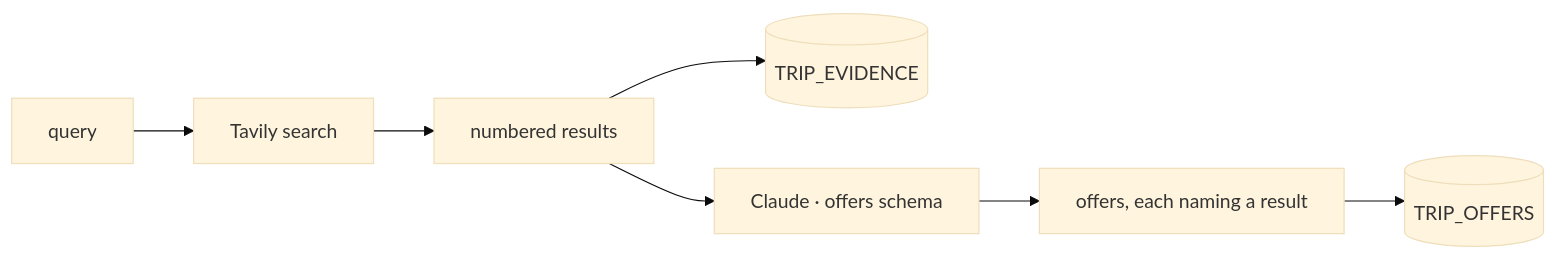
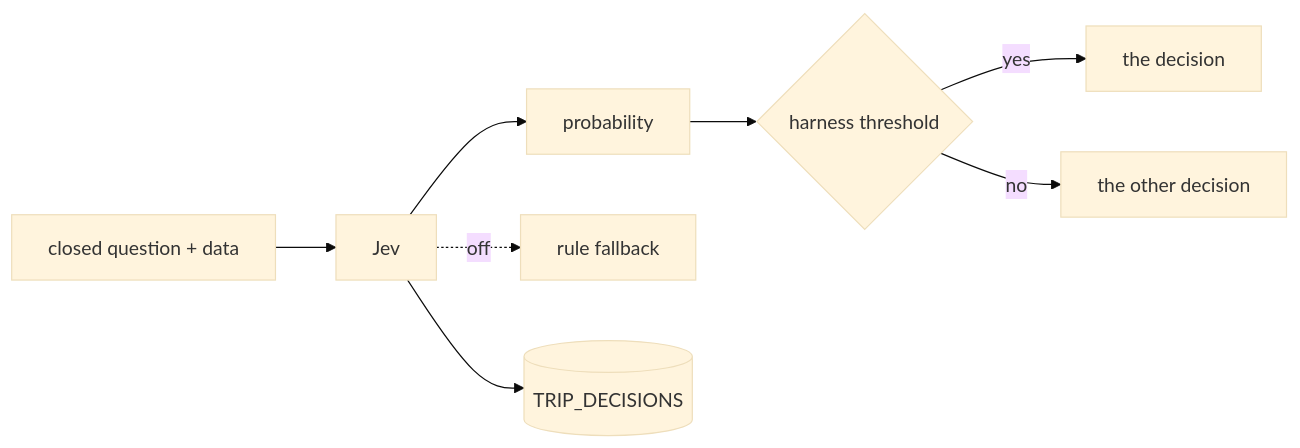
Before and after one commit to Cloud-Authority/agent_harness_course: the diagram in part_2/advanced/workflow/notebook/diagrams/part05-1.mmd, drawn with Mermaid (base theme). The commit also changed 26 other files, not shown here.

First line of the commit message:
Trip workflow: System One (Jev) decides at four points

```diff
--- a/part_2/advanced/workflow/notebook/diagrams/part05-1.mmd
+++ b/part_2/advanced/workflow/notebook/diagrams/part05-1.mmd
@@ -1,5 +1,8 @@
 flowchart LR
-  Q[query] --> T[Tavily search] --> R[numbered results]
-  R --> E[(TRIP_EVIDENCE)]
-  R --> C[Claude · offers schema] --> O[offers, each naming a result]
-  O --> F[(TRIP_OFFERS)]
+  Q[closed question + data] --> J[Jev]
+  J --> P[probability]
+  P --> T{harness threshold}
+  T -->|yes| A[the decision]
+  T -->|no| B[the other decision]
+  J -. off .-> R[rule fallback]
+  J --> L[(TRIP_DECISIONS)]
```
